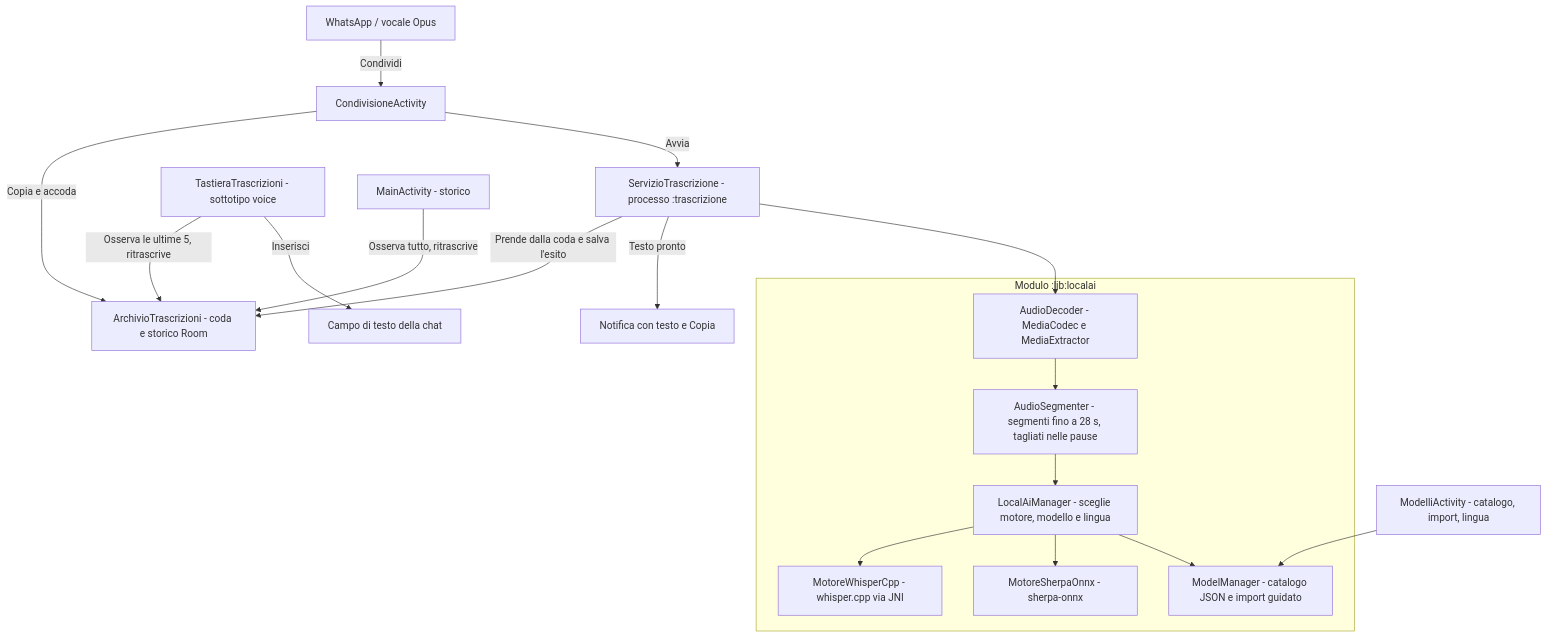
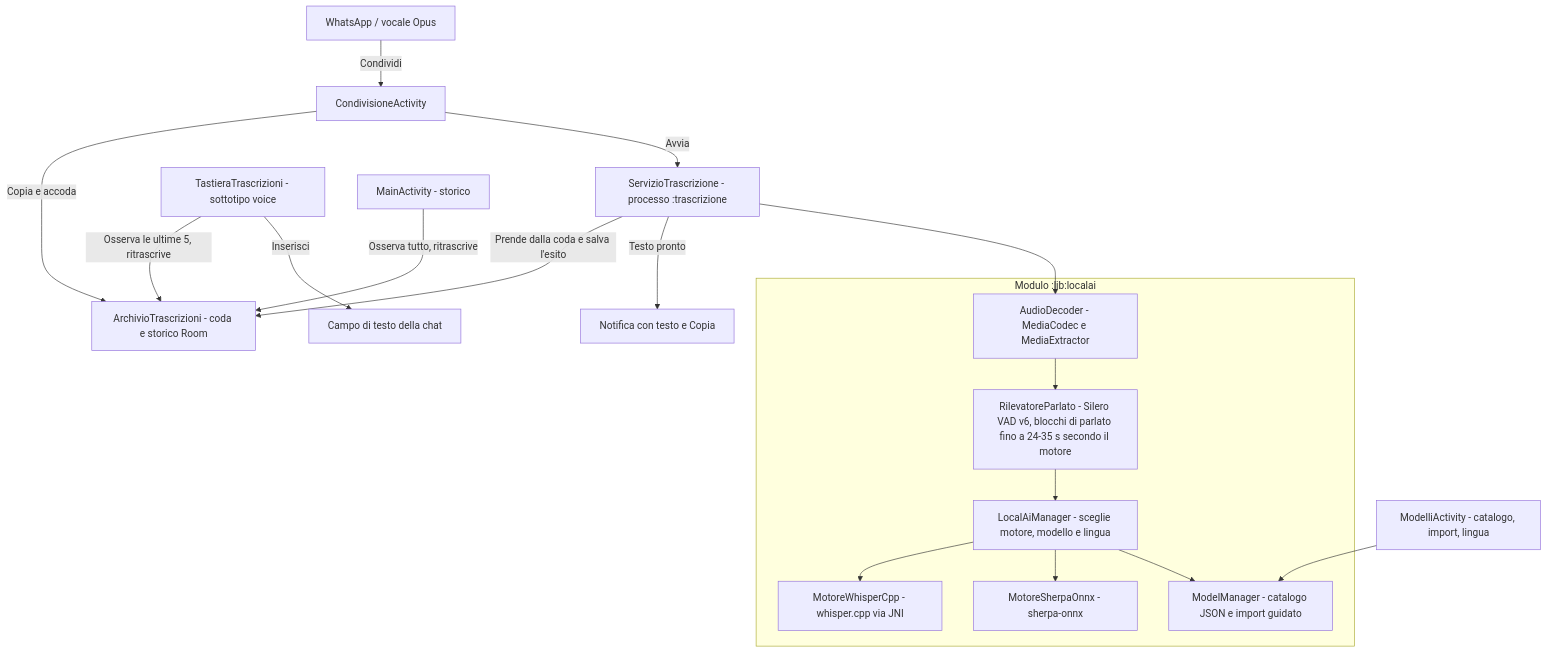
The diagram in README.md (donatogranvilla/PoldoKeyboard), drawn with Mermaid before and after one commit. The commit also changed other lines of this file and 6 other files, not shown here.

First line of the commit message:
VAD 2/2: si trascrive solo il parlato, unito in blocchi per motore

````diff
--- a/README.md
+++ b/README.md
@@ -24,26 +24,26 @@
 ```mermaid
 graph TD
     A[WhatsApp / vocale Opus] -->|Condividi| B[CondivisioneActivity]
     B -->|Copia e accoda| Q[ArchivioTrascrizioni - coda e storico Room]
     B -->|Avvia| S[ServizioTrascrizione - processo :trascrizione]
     S -->|Prende dalla coda e salva l'esito| Q
     S -->|Testo pronto| N[Notifica con testo e Copia]
     T[TastieraTrascrizioni - sottotipo voice] -->|Osserva le ultime 5, ritrascrive| Q
     T -->|Inserisci| M[Campo di testo della chat]
     P[MainActivity - storico] -->|Osserva tutto, ritrascrive| Q
     MA[ModelliActivity - catalogo, import, lingua] --> J
 
     subgraph "Modulo :lib:localai"
         E[AudioDecoder - MediaCodec e MediaExtractor]
-        F[AudioSegmenter - segmenti fino a 28 s, tagliati nelle pause]
+        F[RilevatoreParlato - Silero VAD v6, blocchi di parlato fino a 24-35 s secondo il motore]
         L[LocalAiManager - sceglie motore, modello e lingua]
         H[MotoreWhisperCpp - whisper.cpp via JNI]
         K[MotoreSherpaOnnx - sherpa-onnx]
         J[ModelManager - catalogo JSON e import guidato]
     end
 
     S --> E --> F --> L
     L --> H
     L --> K
     L --> J
 ```
````
